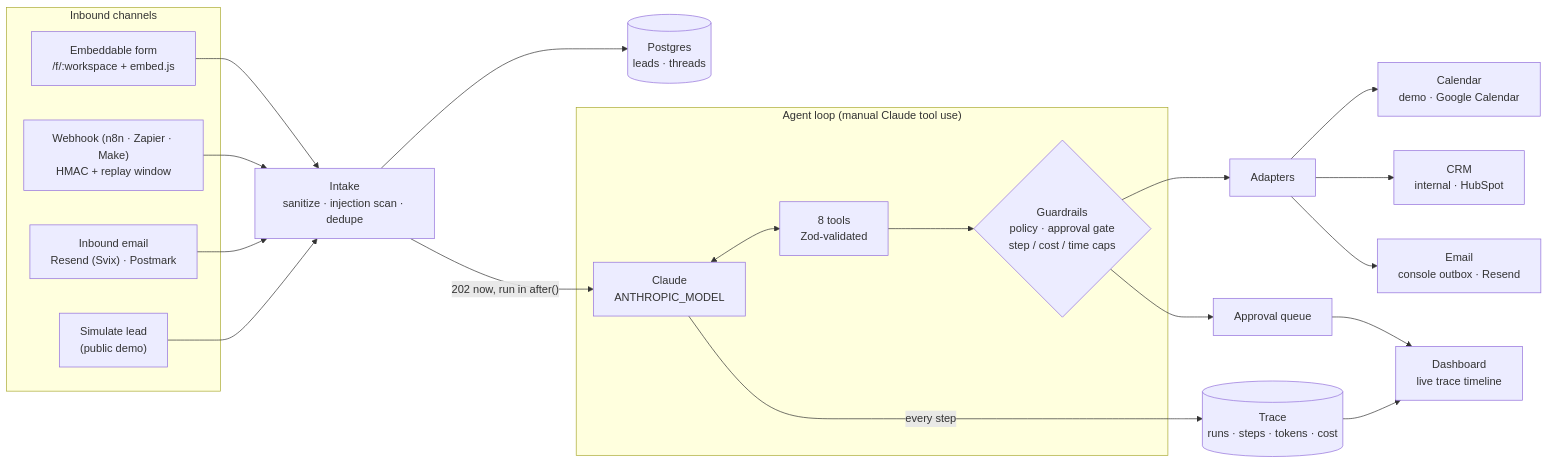
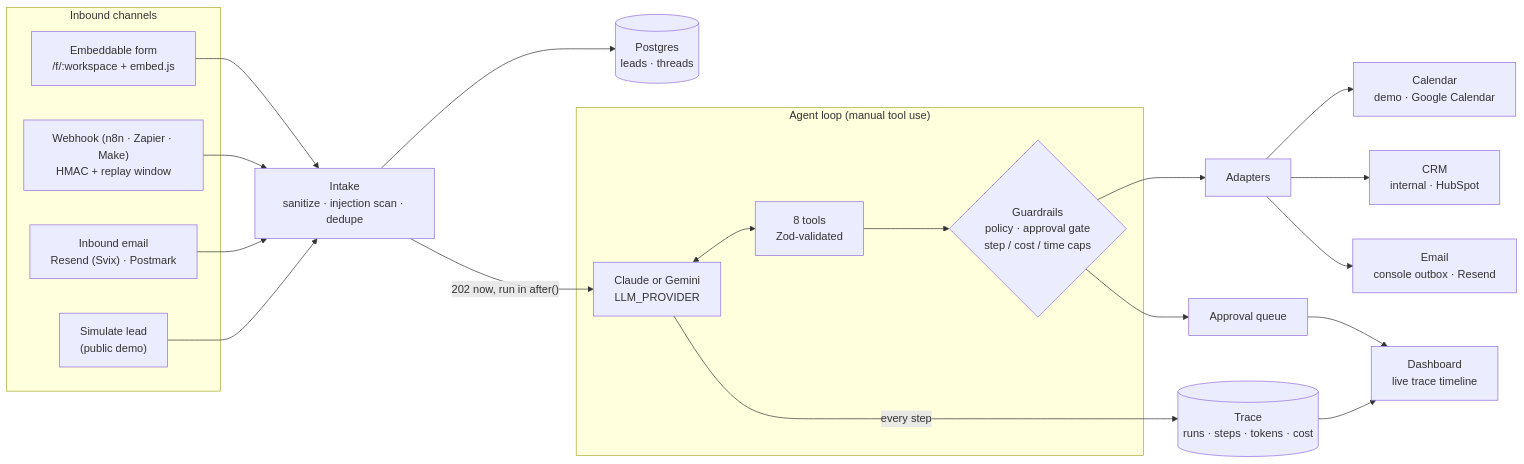
Before and after one commit to alkanefe22/LeadPilot: the diagram in README.md, drawn with Mermaid. The commit also changed other lines of this file and 25 other files, not shown here.

First line of the commit message:
Add Google Gemini as an alternative LLM provider

````diff
--- a/README.md
+++ b/README.md
@@ -44,27 +44,27 @@
 ```mermaid
 flowchart LR
   subgraph Inbound["Inbound channels"]
     F["Embeddable form<br/>/f/:workspace + embed.js"]
     W["Webhook (n8n · Zapier · Make)<br/>HMAC + replay window"]
     E["Inbound email<br/>Resend (Svix) · Postmark"]
     S["Simulate lead<br/>(public demo)"]
   end
 
   F & W & E & S --> I["Intake<br/>sanitize · injection scan · dedupe"]
   I --> DB[("Postgres<br/>leads · threads")]
   I -- "202 now, run in after()" --> L
 
-  subgraph Agent["Agent loop (manual Claude tool use)"]
-    L["Claude<br/>ANTHROPIC_MODEL"] <--> T["8 tools<br/>Zod-validated"]
+  subgraph Agent["Agent loop (manual tool use)"]
+    L["Claude or Gemini<br/>LLM_PROVIDER"] <--> T["8 tools<br/>Zod-validated"]
     T --> G{"Guardrails<br/>policy · approval gate<br/>step / cost / time caps"}
   end
 
   G --> A["Adapters"]
   A --> CAL["Calendar<br/>demo · Google Calendar"]
   A --> CRM["CRM<br/>internal · HubSpot"]
   A --> MAIL["Email<br/>console outbox · Resend"]
   G --> Q["Approval queue"]
   L -- "every step" --> TR[("Trace<br/>runs · steps · tokens · cost")]
   TR --> UI["Dashboard<br/>live trace timeline"]
   Q --> UI
 ```
````
